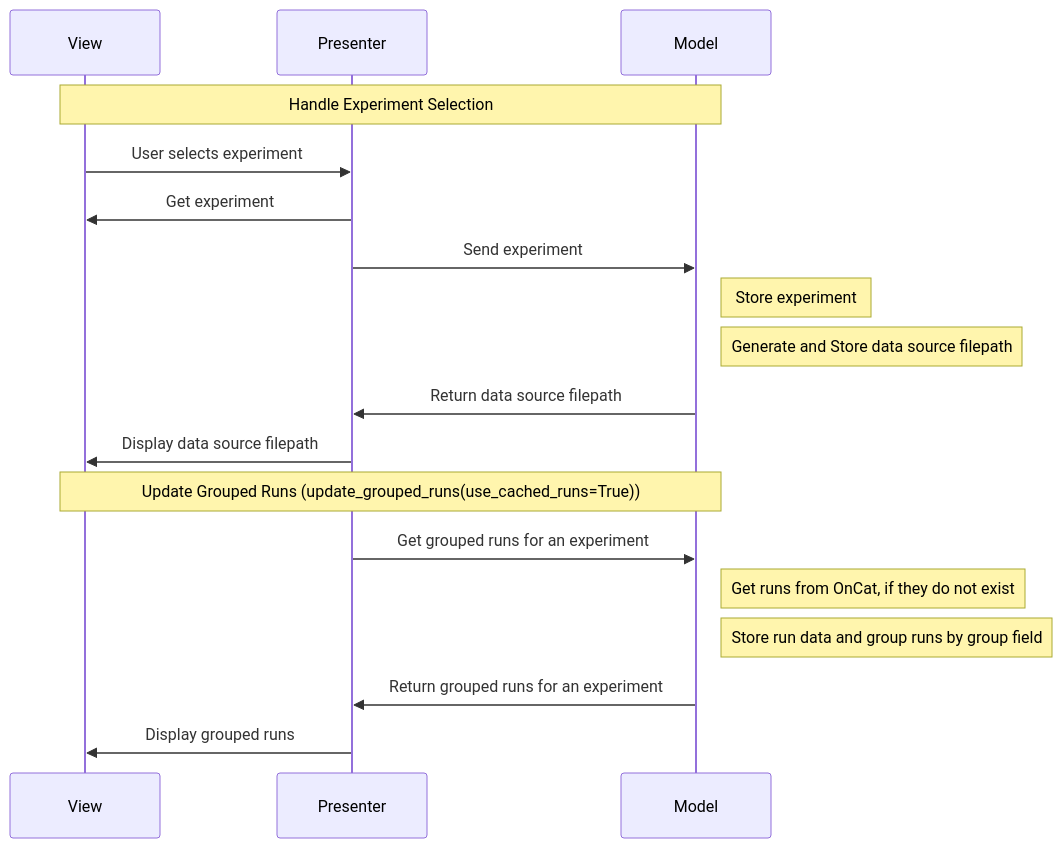
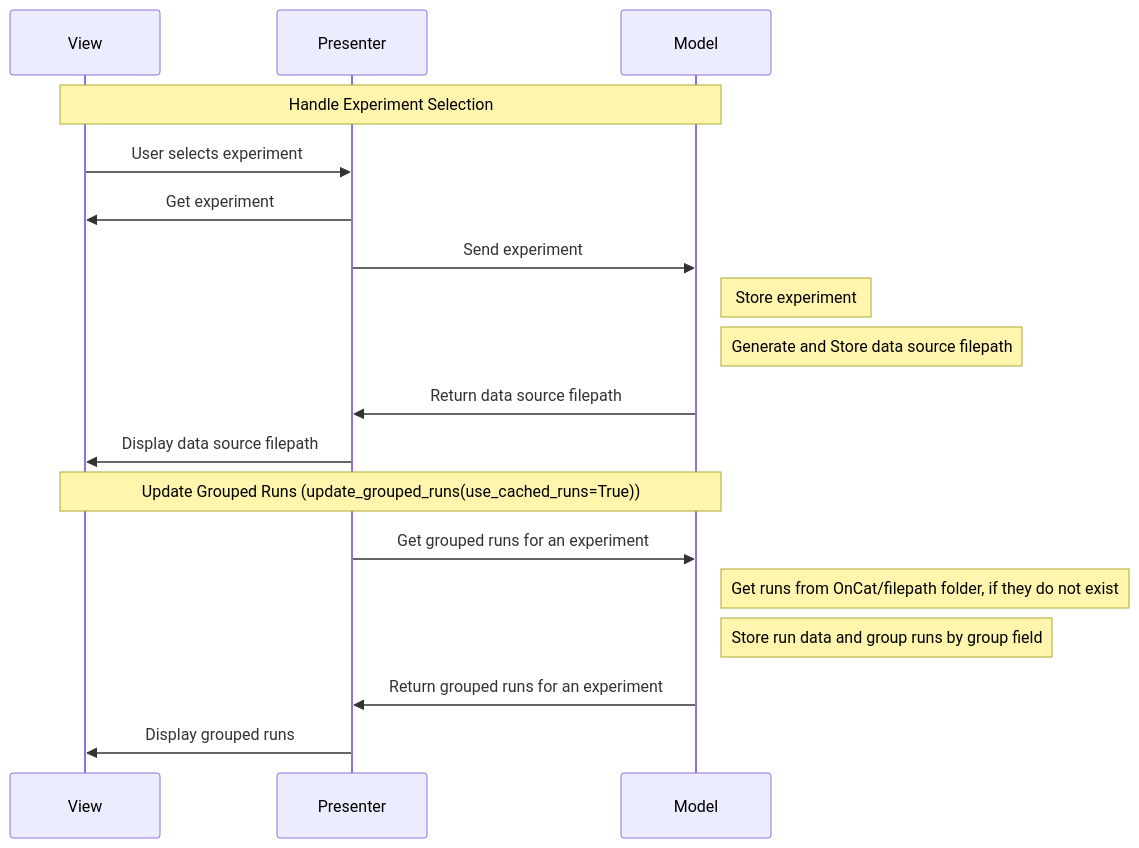
The seventh of 9 diagrams in docs/source/design/oncat_mvp.rst (neutrons/garnet), drawn with Mermaid before and after one commit. The commit also changed other lines of this file and 2 other files, not shown here.

```diff
--- a/docs/source/design/oncat_mvp.rst
+++ b/docs/source/design/oncat_mvp.rst
@@ -179,21 +179,21 @@
     .. mermaid::
 
         sequenceDiagram
             participant View
             participant Presenter
             participant Model
             Note over View,Model: Handle Experiment Selection
             View->>Presenter: User selects experiment
             Presenter->>View: Get experiment
             Presenter->>Model: Send experiment
             Note right of Model: Store experiment
             Note right of Model: Generate and Store data source filepath
             Model->>Presenter: Return data source filepath
             Presenter->>View: Display data source filepath
 
             Note over View,Model: Update Grouped Runs (update_grouped_runs(use_cached_runs=True))
             Presenter->>Model: Get grouped runs for an experiment
-            Note right of Model: Get runs from OnCat, if they do not exist
+            Note right of Model: Get runs from OnCat/filepath folder, if they do not exist
             Note right of Model: Store run data and group runs by group field
             Model->>Presenter: Return grouped runs for an experiment
             Presenter->>View: Display grouped runs
```
